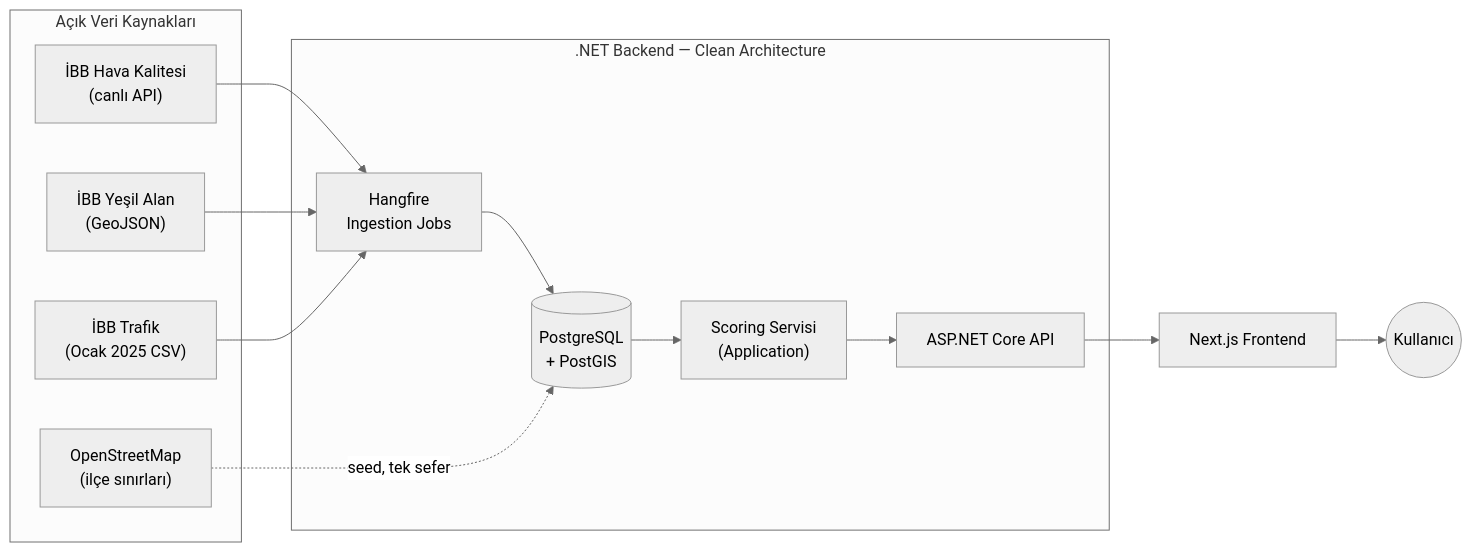
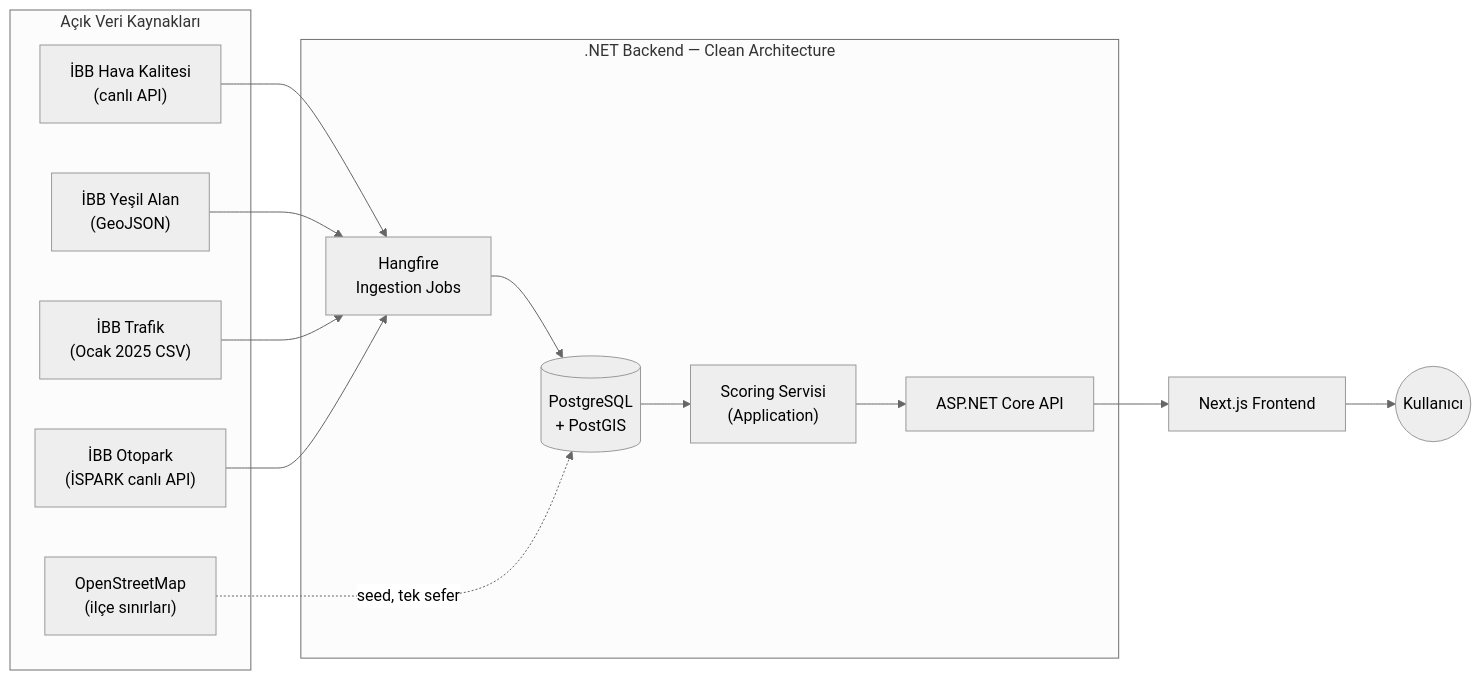
The first of 2 diagrams in README.md (mehmetoya/SemtSkoru), drawn with Mermaid (neutral theme) before and after one commit. The commit also changed other lines of this file and 29 other files, not shown here.

````diff
--- a/README.md
+++ b/README.md
@@ -22,23 +22,25 @@
 ```mermaid
 flowchart LR
     subgraph Kaynaklar["Açık Veri Kaynakları"]
         AQ["İBB Hava Kalitesi<br/>(canlı API)"]
         GS["İBB Yeşil Alan<br/>(GeoJSON)"]
         TR["İBB Trafik<br/>(Ocak 2025 CSV)"]
+        PK["İBB Otopark<br/>(İSPARK canlı API)"]
         OSM["OpenStreetMap<br/>(ilçe sınırları)"]
     end
 
     subgraph Backend[".NET Backend — Clean Architecture"]
         ING["Hangfire<br/>Ingestion Jobs"] --> DB[("PostgreSQL<br/>+ PostGIS")]
         DB --> SCORE["Scoring Servisi<br/>(Application)"]
         SCORE --> API["ASP.NET Core API"]
     end
 
     AQ --> ING
     GS --> ING
     TR --> ING
+    PK --> ING
     OSM -. "seed, tek sefer" .-> DB
 
     API --> FE["Next.js Frontend"]
     FE --> USER((Kullanıcı))
 ```
````
